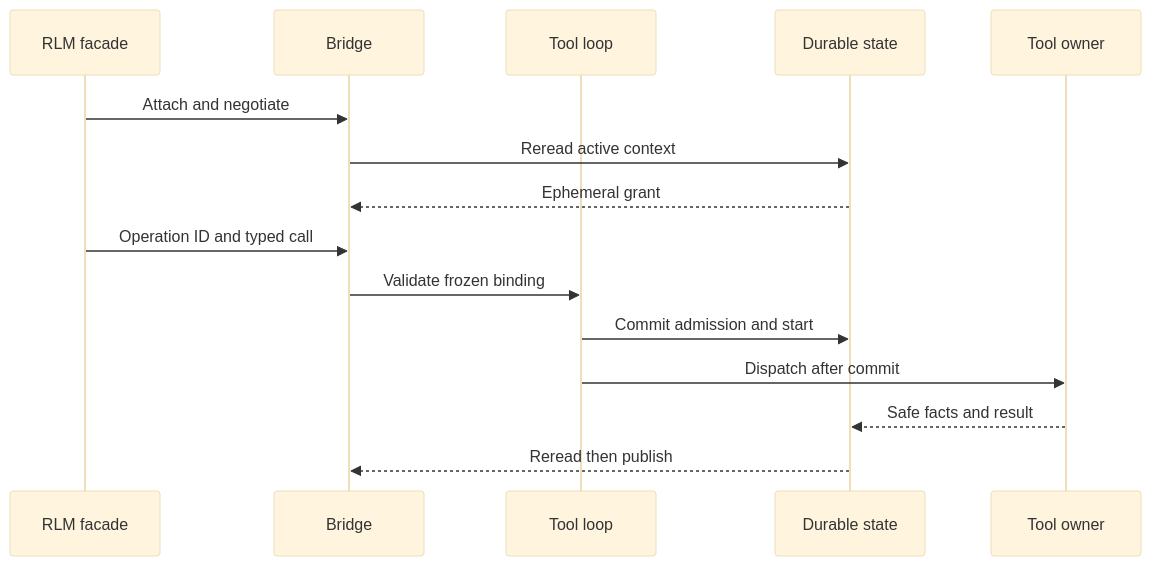
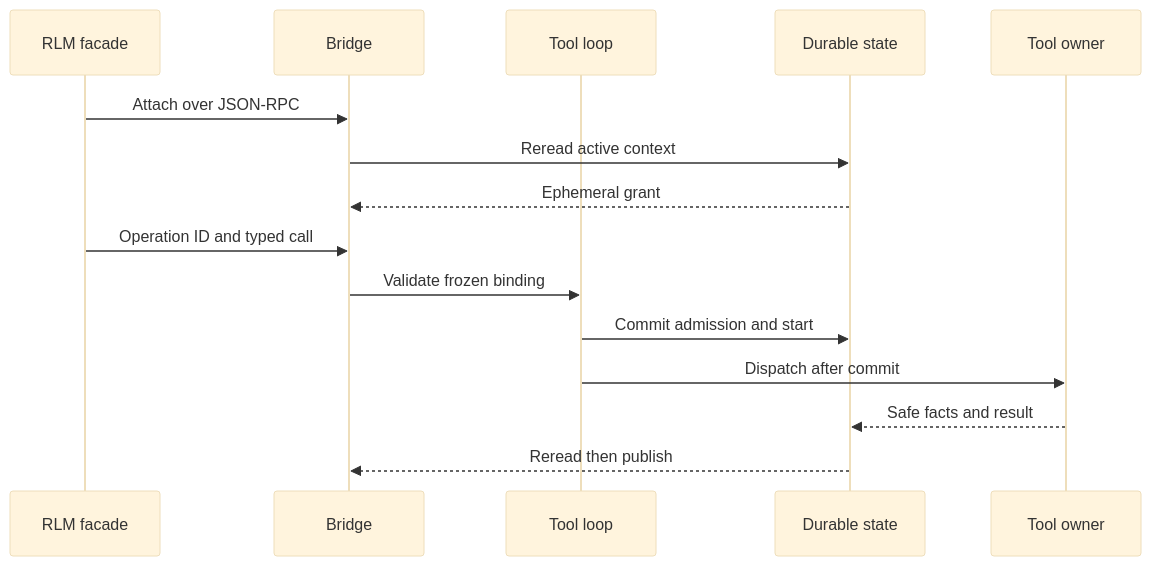
One commit to y0tsy/intention-relay changed the diagram in docs/intention-relay/architecture/19-mandate-gateway-rlm-bridge.md. Above: the diagram before and after it, drawn with Mermaid (base theme). The commit also changed other lines of this file and 119 other files, not shown here.

First line of the commit message:
refactor: remove the Slice 1 security theater and rebuild the wire on JSON-RPC 2.0 (ADRs 0045-0048) (#44)

````diff
--- a/docs/intention-relay/architecture/19-mandate-gateway-rlm-bridge.md
+++ b/docs/intention-relay/architecture/19-mandate-gateway-rlm-bridge.md
@@ -140,18 +139,18 @@
 ```mermaid
 sequenceDiagram
   participant F as RLM facade
   participant B as Bridge
   participant L as Tool loop
   participant D as Durable state
   participant T as Tool owner
 
-  F->>B: Attach and negotiate
+  F->>B: Attach over JSON-RPC
   B->>D: Reread active context
   D-->>B: Ephemeral grant
   F->>B: Operation ID and typed call
   B->>L: Validate frozen binding
   L->>D: Commit admission and start
   L->>T: Dispatch after commit
   T-->>D: Safe facts and result
   D-->>B: Reread then publish
 ```
````
